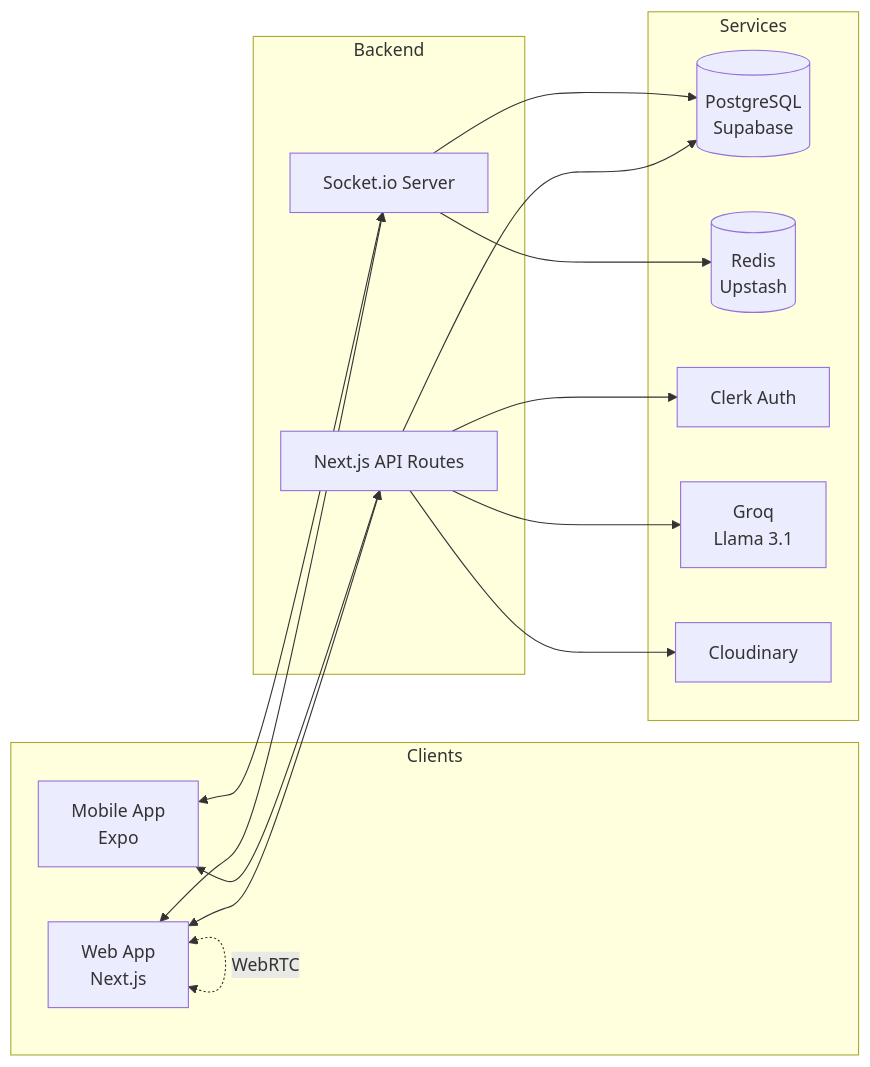
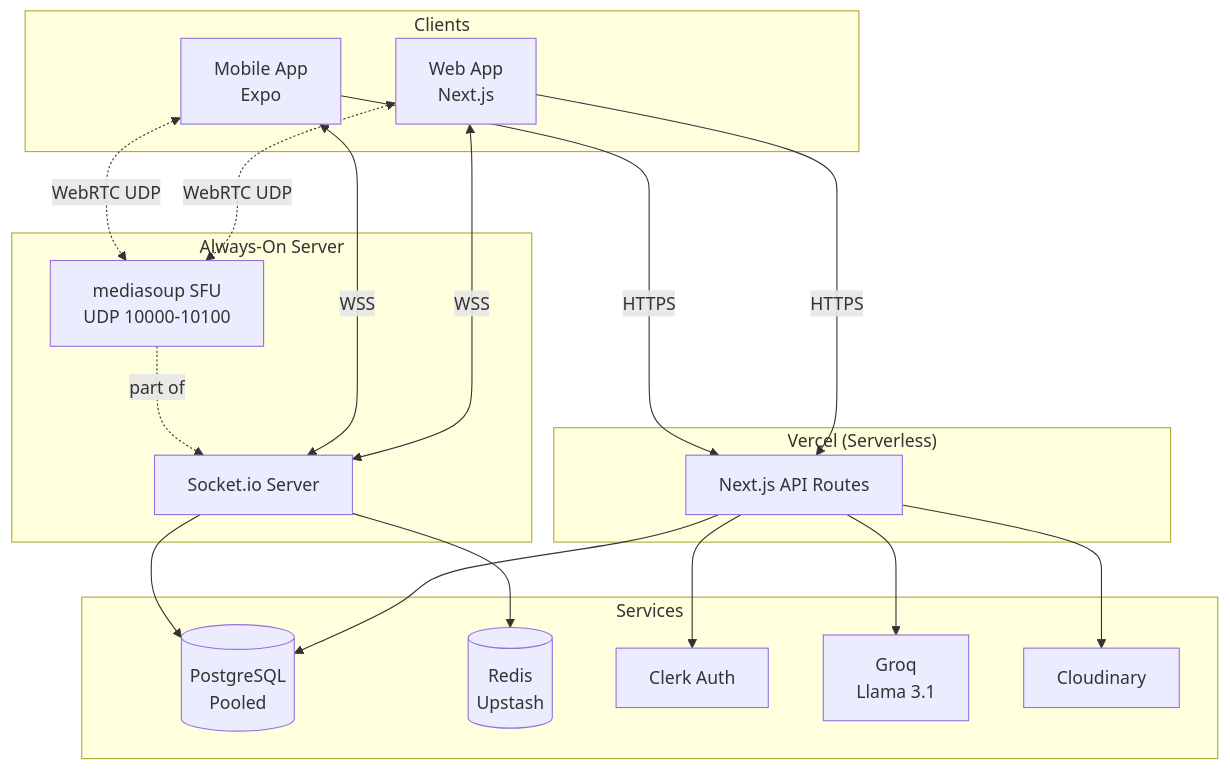
The diagram in README.md (VaibhavBhagat665/nextalk), drawn with Mermaid before and after one commit. The commit also changed other lines of this file and 17 other files, not shown here.

````diff
--- a/README.md
+++ b/README.md
@@ -145,33 +147,39 @@
 ```mermaid
-flowchart LR
+flowchart TB
     subgraph Clients
         W[Web App<br/>Next.js]
         M[Mobile App<br/>Expo]
     end
 
-    subgraph Backend
+    subgraph "Vercel (Serverless)"
         API[Next.js API Routes]
+    end
+    
+    subgraph "Always-On Server"
         WS[Socket.io Server]
+        SFU[mediasoup SFU<br/>UDP 10000-10100]
     end
 
     subgraph Services
-        DB[(PostgreSQL<br/>Supabase)]
+        DB[(PostgreSQL<br/>Pooled)]
         R[(Redis<br/>Upstash)]
         C[Clerk Auth]
         G[Groq<br/>Llama 3.1]
         CL[Cloudinary]
     end
 
-    W <--> API
-    M <--> API
-    W <--> WS
-    M <--> WS
-    W <-. WebRTC .-> W
+    W -->|HTTPS| API
+    M -->|HTTPS| API
+    W <-->|WSS| WS
+    M <-->|WSS| WS
+    W <-.WebRTC UDP.-> SFU
+    M <-.WebRTC UDP.-> SFU
 
     API --> DB
     API --> G
     API --> CL
     API --> C
     WS --> R
     WS --> DB
+    SFU -.part of.-> WS
 ```
````
